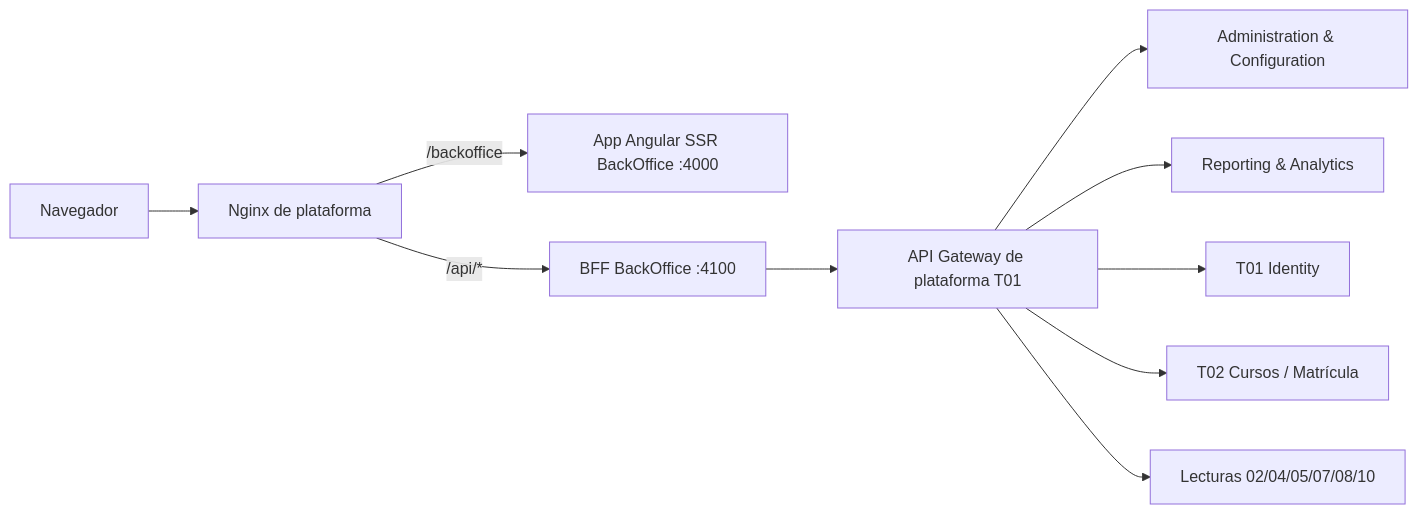
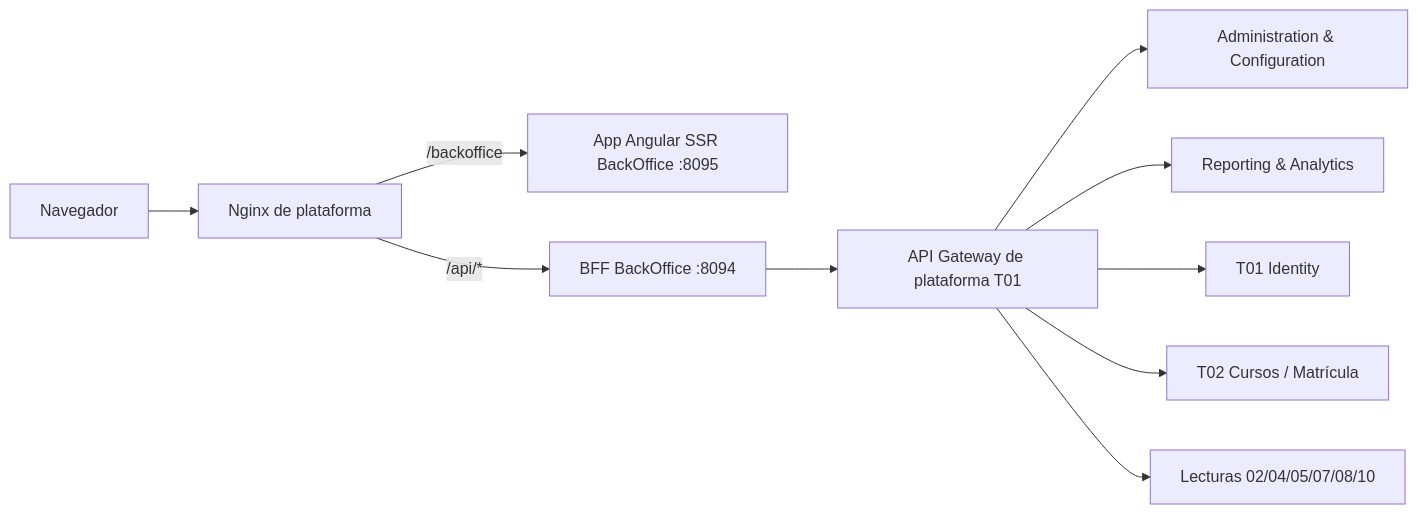
One commit to 2W2-114324-Carballo-Juarez-Mateo/backoffice-docs changed the diagram in docs/frontend/arquitectura-despliegue.md. Above: the diagram before and after it, drawn with Mermaid. The commit also changed other lines of this file and 10 other files, not shown here.

````diff
--- a/docs/frontend/arquitectura-despliegue.md
+++ b/docs/frontend/arquitectura-despliegue.md
@@ -7,12 +7,12 @@
 ```mermaid
 flowchart LR
     N[Navegador] --> NG[Nginx de plataforma]
-    NG -->|"/backoffice"| SSR[App Angular SSR BackOffice :4000]
-    NG -->|"/api/*"| BFF[BFF BackOffice :4100]
+    NG -->|"/backoffice"| SSR[App Angular SSR BackOffice :8095]
+    NG -->|"/api/*"| BFF[BFF BackOffice :8094]
     BFF --> GW[API Gateway de plataforma T01]
     GW --> AD[Administration & Configuration]
     GW --> RP[Reporting & Analytics]
     GW --> ID[T01 Identity]
     GW --> T02[T02 Cursos / Matrícula]
     GW --> L["Lecturas 02/04/05/07/08/10"]
 ```
````
